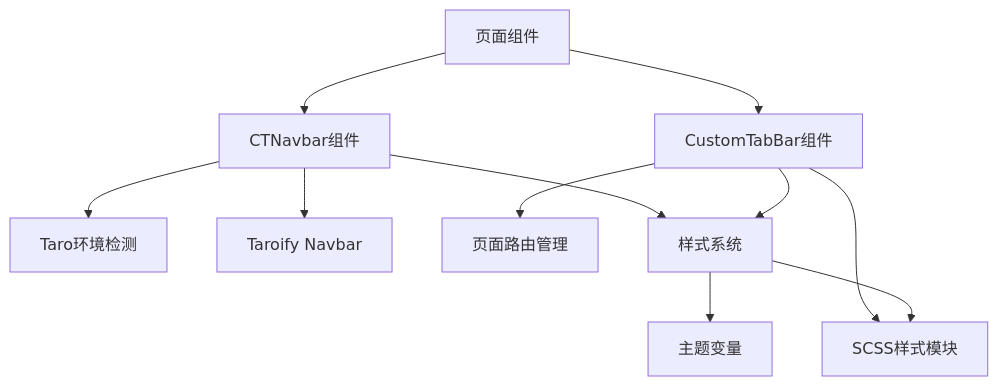
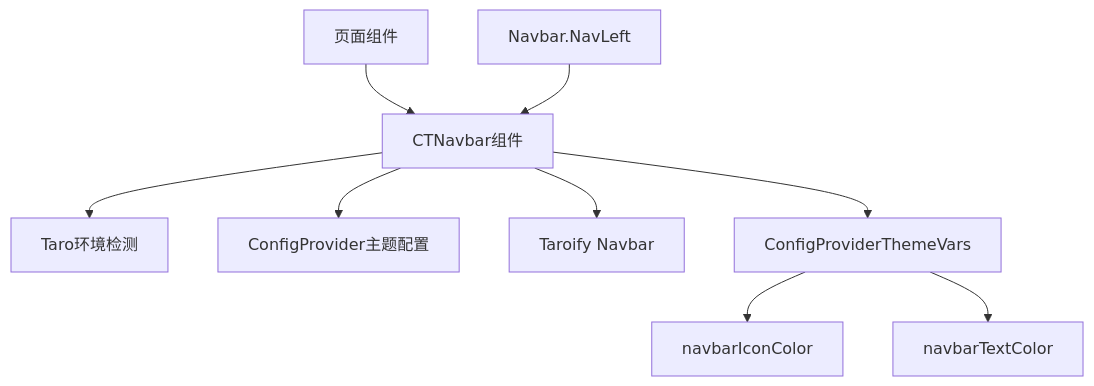
Before and after one commit to zuolinbao/redbook: the eighth of 8 diagrams in .qoder/repowiki/zh/content/UI组件库/CTNavbar跨平台导航栏组件.md, drawn with Mermaid. The commit also changed other lines of this file and 4 other files, not shown here.

````diff
--- a/.qoder/repowiki/zh/content/UI组件库/CTNavbar跨平台导航栏组件.md
+++ b/.qoder/repowiki/zh/content/UI组件库/CTNavbar跨平台导航栏组件.md
@@ -345,13 +327,11 @@
 ```mermaid
 graph TD
 A[CTNavbar组件] --> B[Taro环境检测]
-A --> C[Taroify Navbar]
-D[CustomTabBar组件] --> E[页面路由管理]
-D --> F[SCSS样式模块]
-G[页面组件] --> A
-G --> D
-H[样式系统] --> I[主题变量]
-H --> F
-A --> H
-D --> H
+A --> C[ConfigProvider主题配置]
+A --> D[Taroify Navbar]
+E[页面组件] --> A
+F[ConfigProviderThemeVars] --> G[navbarIconColor]
+F --> H[navbarTextColor]
+A --> F
+I[Navbar.NavLeft] --> A
 ```
````
